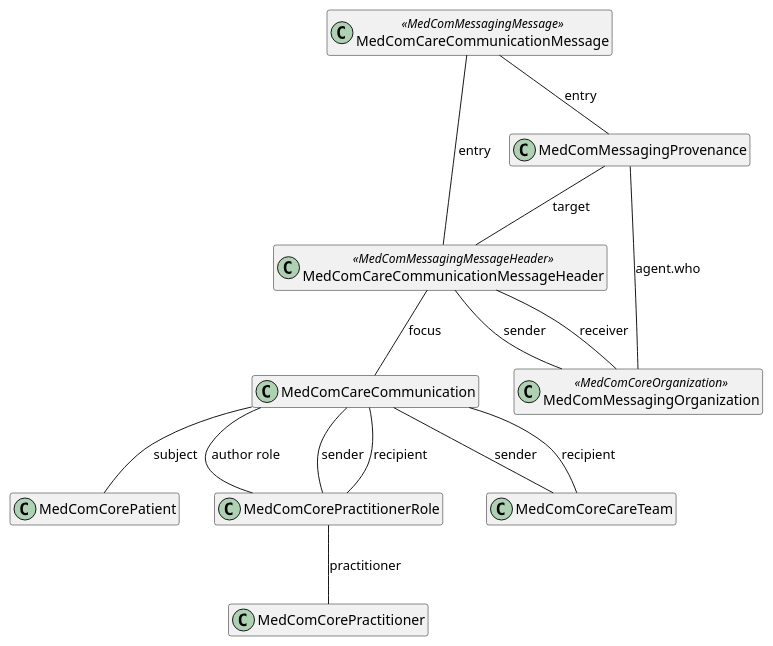
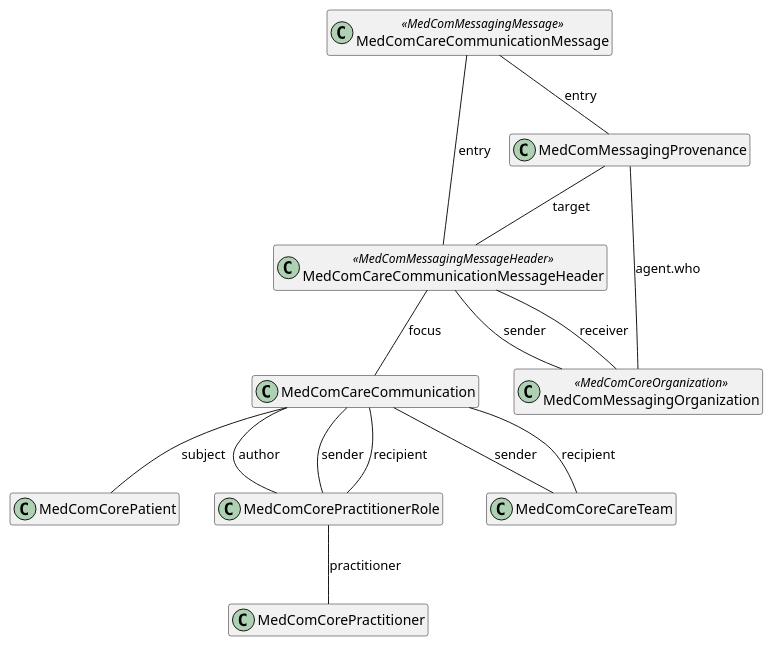
One commit to medcomdk/dk-medcom-carecommunication changed the diagram in puml/CareCommunication.puml. Above: the diagram before and after it, drawn with PlantUML. The commit also changed 12 other files, not shown here.

```diff
--- a/puml/CareCommunication.puml
+++ b/puml/CareCommunication.puml
@@ -1,34 +1,34 @@
 @startuml CareCommunication
 
 hide empty members
 
 top to bottom direction
 
 class "MedComCareCommunicationMessage" as message <<MedComMessagingMessage>>
 class "MedComCareCommunicationMessageHeader" as messageheader <<MedComMessagingMessageHeader>>
 class "MedComMessagingProvenance" as provenance
 class "MedComMessagingOrganization" as messagingOrganization <<MedComCoreOrganization>>
 class "MedComCareCommunication" as communication
 class "MedComCorePatient" as patient
 class "MedComCorePractitionerRole" as pracRole
 class "MedComCoreCareTeam" as careteam
 class "MedComCorePractitioner" as author
 
 
 message -- messageheader : "entry"
 messageheader -- communication : "focus"
 communication -- patient : "subject"
-communication -- pracRole : "author role"
+communication -- pracRole : "author"
 message -- provenance : "entry"
 provenance -- messageheader : "target" 
 provenance -- messagingOrganization : "agent.who"
 communication -- careteam : "sender"
 communication -- careteam : "recipient"
 communication -- pracRole : "sender"
 communication -- pracRole : "recipient"
 pracRole -- author : "practitioner"
 
 
 messageheader -- messagingOrganization : "receiver"
 messageheader -- messagingOrganization : "sender"
 @enduml
```
